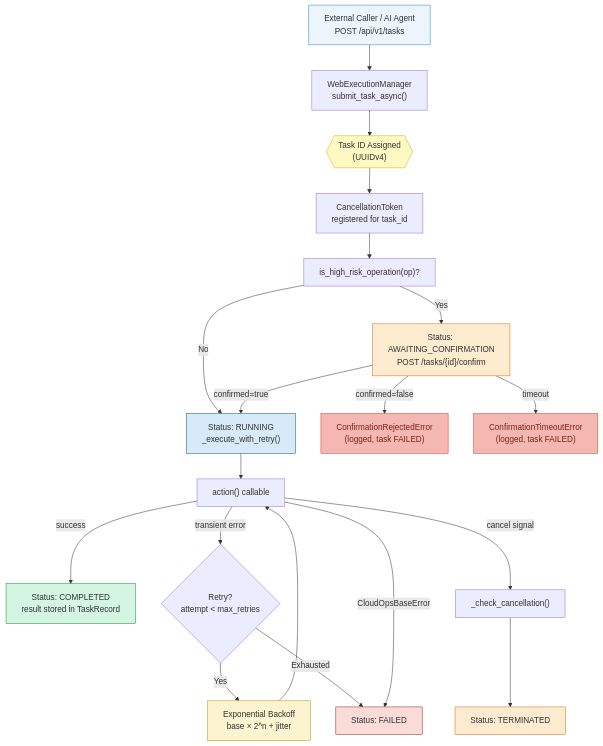
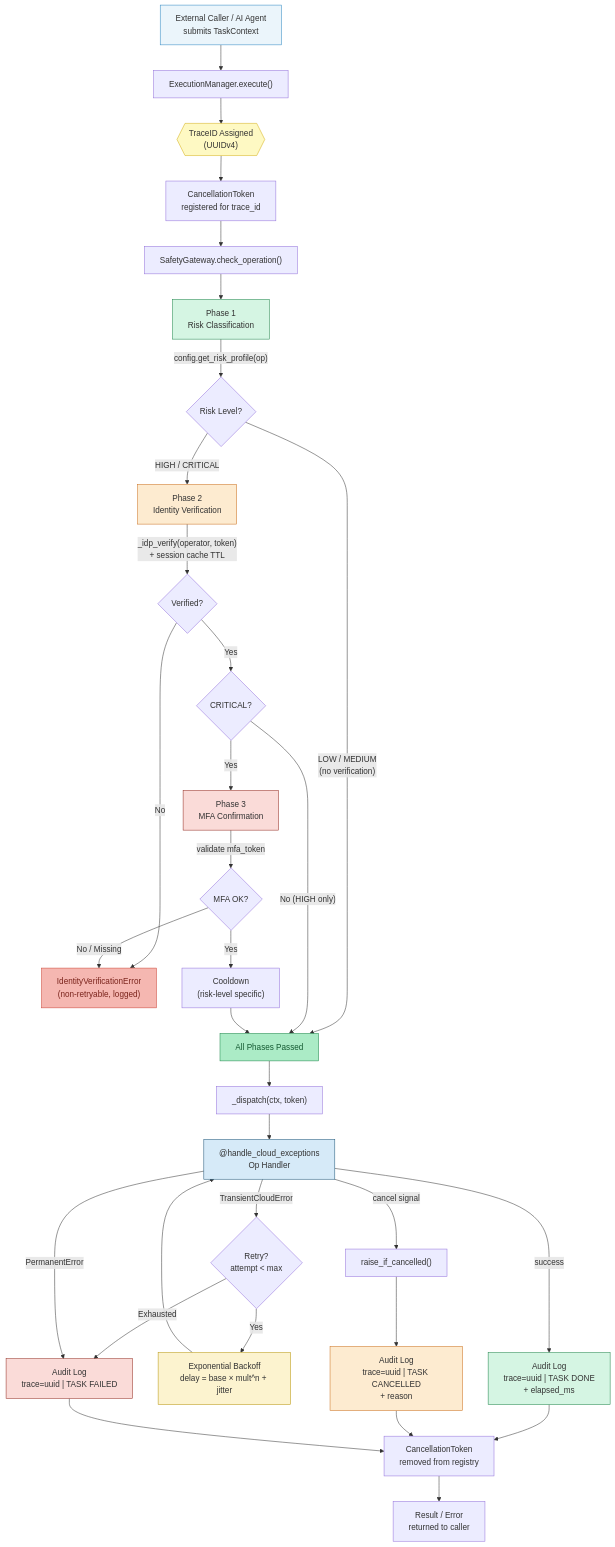
One commit to citizen204/cloud-ops-ai-agent changed the first of 8 diagrams in README.md. Above: the diagram before and after it, drawn with Mermaid. The commit also changed other lines of this file, not shown here.

````diff
--- a/README.md
+++ b/README.md
@@ -66,35 +45,60 @@
 ```mermaid
 flowchart TD
-    A["External Caller / AI Agent\nPOST /api/v1/tasks"] --> B["WebExecutionManager\nsubmit_task_async()"]
-    B --> C{{"Task ID Assigned\n(UUIDv4)"}}
-    C --> D["CancellationToken\nregistered for task_id"]
-    D --> E["is_high_risk_operation(op)?"]
+    A["External Caller / AI Agent\nsubmits TaskContext"] --> B["ExecutionManager.execute()"]
+    B --> C{{"TraceID Assigned\n(UUIDv4)"}}
+    C --> D["CancellationToken\nregistered for trace_id"]
+    D --> E["SafetyGateway.check_operation()"]
 
-    E -->|"No"| RUN
-    E -->|"Yes"| AWAIT["Status: AWAITING_CONFIRMATION\nPOST /tasks/{id}/confirm"]
+    E --> P1["Phase 1\nRisk Classification"]
+    P1 -->|"config.get_risk_profile(op)"| P1R{"Risk Level?"}
 
-    AWAIT -->|"confirmed=true"| RUN
-    AWAIT -->|"confirmed=false"| REJECT["ConfirmationRejectedError\n(logged, task FAILED)"]
-    AWAIT -->|"timeout"| TIMEOUT["ConfirmationTimeoutError\n(logged, task FAILED)"]
+    P1R -->|"LOW / MEDIUM\n(no verification)"| PASS
+    P1R -->|"HIGH / CRITICAL"| P2
 
-    RUN["Status: RUNNING\n_execute_with_retry()"] --> HANDLER["action() callable"]
+    P2["Phase 2\nIdentity Verification"]
+    P2 -->|"_idp_verify(operator, token)\n+ session cache TTL"| P2R{"Verified?"}
+    P2R -->|"No"| REJECT["IdentityVerificationError\n(non-retryable, logged)"]
+    P2R -->|"Yes"| P2C{"CRITICAL?"}
 
-    HANDLER -->|"success"| DONE["Status: COMPLETED\nresult stored in TaskRecord"]
-    HANDLER -->|"transient error"| RETRY{"Retry?\nattempt < max_retries"}
-    RETRY -->|"Yes"| BACKOFF["Exponential Backoff\nbase × 2^n + jitter"] --> HANDLER
-    RETRY -->|"Exhausted"| FAIL
+    P2C -->|"No (HIGH only)"| PASS
+    P2C -->|"Yes"| P3
 
-    HANDLER -->|"cancel signal"| CP["_check_cancellation()"] --> TERM["Status: TERMINATED"]
-    HANDLER -->|"CloudOpsBaseError"| FAIL["Status: FAILED"]
+    P3["Phase 3\nMFA Confirmation"]
+    P3 -->|"validate mfa_token"| P3R{"MFA OK?"}
+    P3R -->|"No / Missing"| REJECT
+    P3R -->|"Yes"| COOL["Cooldown\n(risk-level specific)"]
+    COOL --> PASS
+
+    PASS["All Phases Passed"] --> DISP
+
+    DISP["_dispatch(ctx, token)"] --> HANDLER
+
+    HANDLER["@handle_cloud_exceptions\nOp Handler"]
+
+    HANDLER -->|"success"| LOG_OK["Audit Log\ntrace=uuid | TASK DONE\n+ elapsed_ms"]
+    HANDLER -->|"TransientCloudError"| RETRY{"Retry?\nattempt < max"}
+    RETRY -->|"Yes"| BACKOFF["Exponential Backoff\ndelay = base × mult^n + jitter"] --> HANDLER
+    RETRY -->|"Exhausted"| LOG_FAIL
+
+    HANDLER -->|"cancel signal"| CP["raise_if_cancelled()"] --> LOG_CANCEL["Audit Log\ntrace=uuid | TASK CANCELLED\n+ reason"]
+
+    HANDLER -->|"PermanentError"| LOG_FAIL["Audit Log\ntrace=uuid | TASK FAILED"]
+
+    LOG_OK --> CLEANUP["CancellationToken\nremoved from registry"]
+    LOG_CANCEL --> CLEANUP
+    LOG_FAIL --> CLEANUP
+    CLEANUP --> DONE["Result / Error\nreturned to caller"]
 
     style A fill:#EBF5FB,stroke:#2E86C1
     style C fill:#FEF9C3,stroke:#D4AC0D
-    style AWAIT fill:#FDEBD0,stroke:#CA6F1E
+    style P1 fill:#D5F5E3,stroke:#1E8449
+    style P2 fill:#FDEBD0,stroke:#CA6F1E
+    style P3 fill:#FADBD8,stroke:#922B21
     style REJECT fill:#F5B7B1,stroke:#CB4335,color:#7B241C
-    style TIMEOUT fill:#F5B7B1,stroke:#CB4335,color:#7B241C
-    style RUN fill:#D6EAF8,stroke:#1A5276
-    style DONE fill:#D5F5E3,stroke:#1E8449
-    style TERM fill:#FDEBD0,stroke:#CA6F1E
-    style FAIL fill:#FADBD8,stroke:#922B21
+    style PASS fill:#ABEBC6,stroke:#1E8449,color:#145A32
+    style HANDLER fill:#D6EAF8,stroke:#1A5276
     style BACKOFF fill:#FCF3CF,stroke:#B7950B
+    style LOG_OK fill:#D5F5E3,stroke:#1E8449
+    style LOG_CANCEL fill:#FDEBD0,stroke:#CA6F1E
+    style LOG_FAIL fill:#FADBD8,stroke:#922B21
 ```
````
